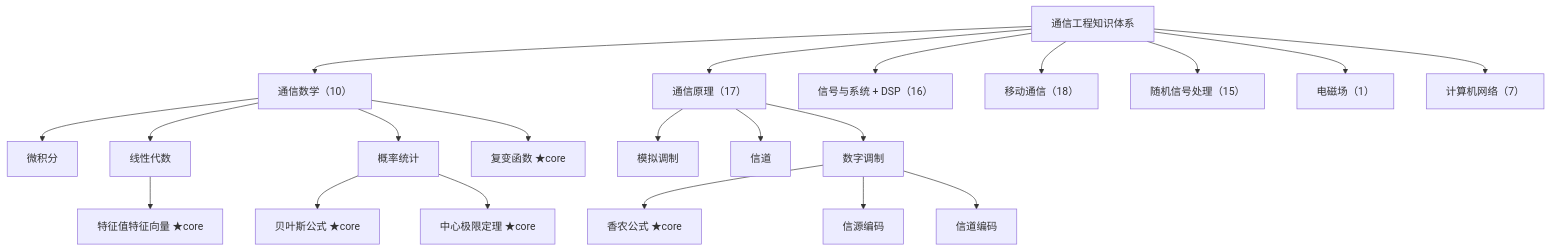
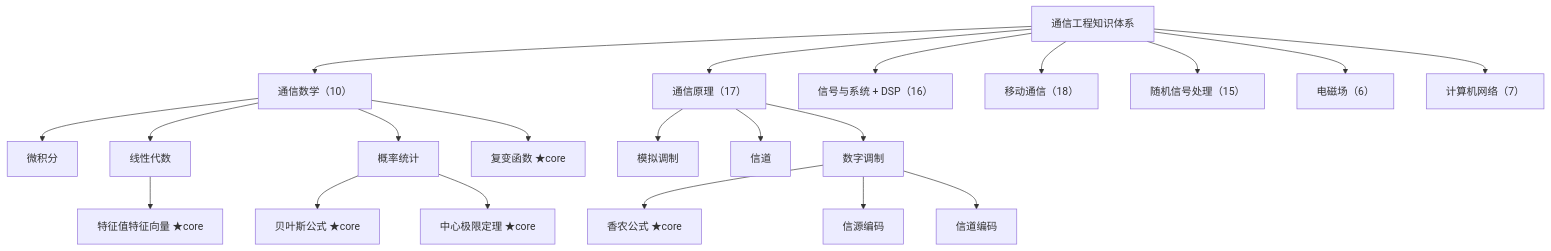
One commit to Baixiaodou/comm-knowledge-graph changed the fourth of 12 diagrams in README.md. Above: the diagram before and after it, drawn with Mermaid. The commit also changed other lines of this file, not shown here.

````diff
--- a/README.md
+++ b/README.md
@@ -241,25 +241,25 @@
 ```mermaid
 flowchart TB
     ROOT[通信工程知识体系] --> MATH[通信数学（10）]
     ROOT --> COMM[通信原理（17）]
     ROOT --> DSP[信号与系统 + DSP（16）]
     ROOT --> MOB[移动通信（18）]
     ROOT --> RSP[随机信号处理（15）]
-    ROOT --> EMF[电磁场（1）]
+    ROOT --> EMF[电磁场（6）]
     ROOT --> NET[计算机网络（7）]
 
     MATH --> M1[微积分]
     MATH --> M2[线性代数]
     M2 --> M21[特征值特征向量 ★core]
     MATH --> M3[概率统计]
     M3 --> M31[贝叶斯公式 ★core]
     M3 --> M32[中心极限定理 ★core]
     MATH --> M4[复变函数 ★core]
 
     COMM --> C1[模拟调制]
     COMM --> C2[信道]
     COMM --> C3[数字调制]
     C3 --> C31[香农公式 ★core]
     C3 --> C32[信源编码]
     C3 --> C33[信道编码]
 ```
````
